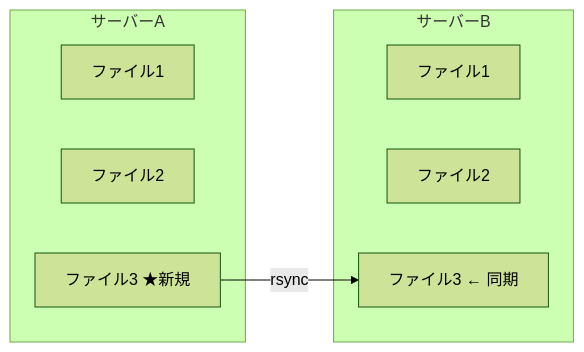
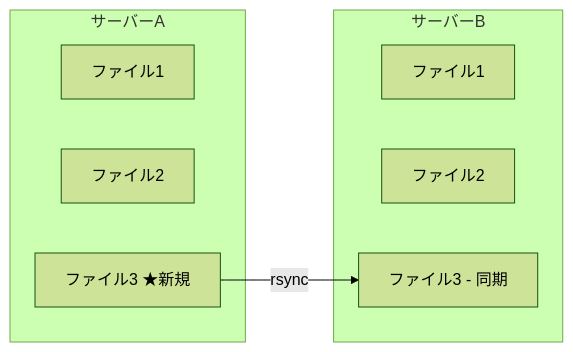
Before and after one commit to x86-unix/docs: diagram 19 of 20 in training/basics.md, drawn with Mermaid (forest theme). The commit also changed other lines of this file, not shown here.

Commit message:
fix: mermaid図内のUnicode矢印文字を修正

````diff
--- a/training/basics.md
+++ b/training/basics.md
@@ -1508,14 +1508,14 @@
 ```mermaid
 graph LR
     subgraph サーバーA
         A1[ファイル1]
         A2[ファイル2]
         A3[ファイル3 ★新規]
     end
     subgraph サーバーB
         B1[ファイル1]
         B2[ファイル2]
-        B3[ファイル3 ← 同期]
+        B3[ファイル3 - 同期]
     end
     A3 -->|rsync| B3
 ```
````
